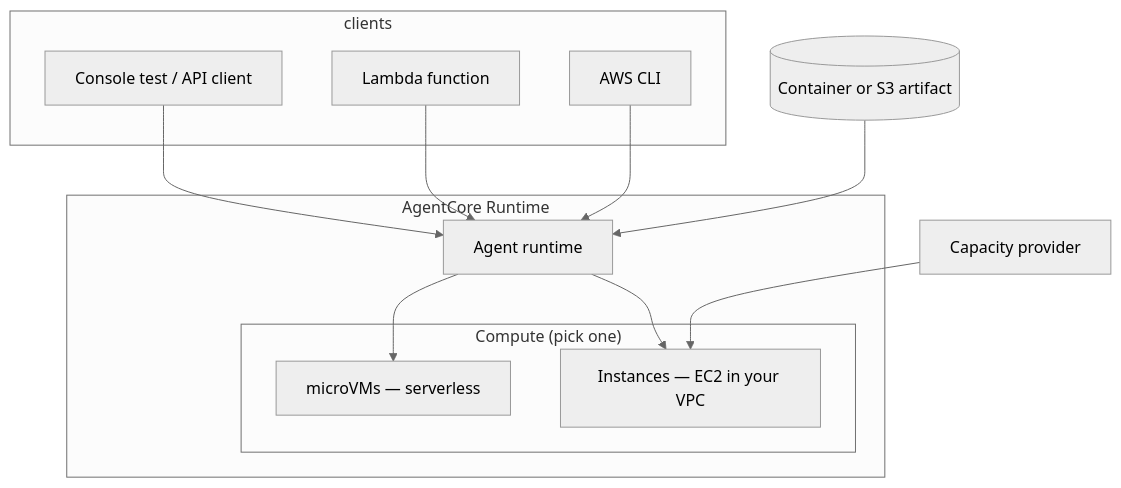
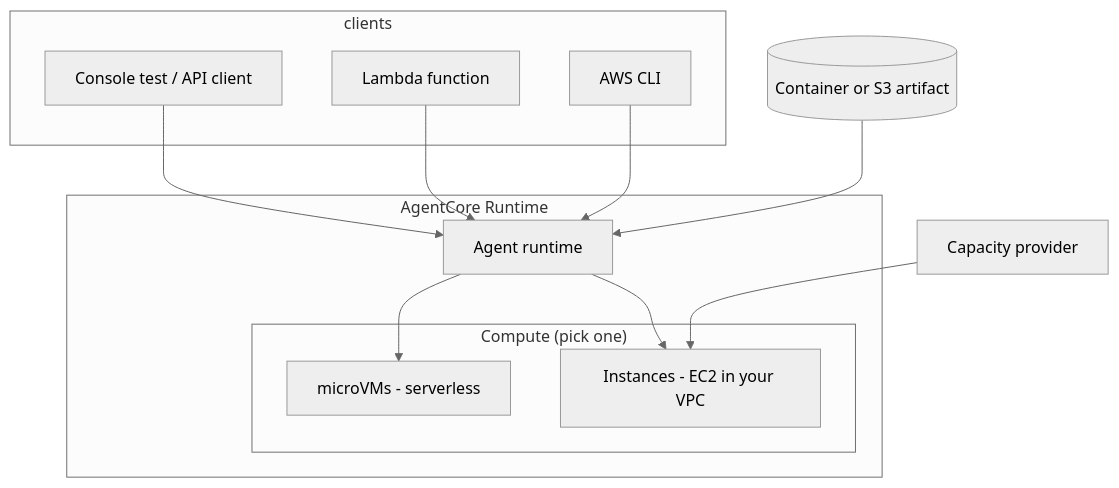
One commit to girimausam/kubeandcode changed the diagram in src/content/aws-bedrock-agentcore-lambda-ec2.md. Above: the diagram before and after it, drawn with Mermaid (neutral theme). The commit also changed other lines of this file and 48 other files, not shown here.

````diff
--- a/src/content/aws-bedrock-agentcore-lambda-ec2.md
+++ b/src/content/aws-bedrock-agentcore-lambda-ec2.md
@@ -35,27 +35,27 @@
 ```mermaid
 flowchart TB
   subgraph clients
     CON[Console test / API client]
     LAM[Lambda function]
     CLI[AWS CLI]
   end
 
   subgraph agentcore["AgentCore Runtime"]
     RT[Agent runtime]
     subgraph compute["Compute (pick one)"]
-      MV[microVMs — serverless]
-      EC2[Instances — EC2 in your VPC]
+      MV[microVMs - serverless]
+      EC2[Instances - EC2 in your VPC]
     end
   end
 
   CP[Capacity provider]
   ECR[(Container or S3 artifact)]
 
   CON --> RT
   LAM --> RT
   CLI --> RT
   RT --> MV
   RT --> EC2
   CP --> EC2
   ECR --> RT
 ```
````
